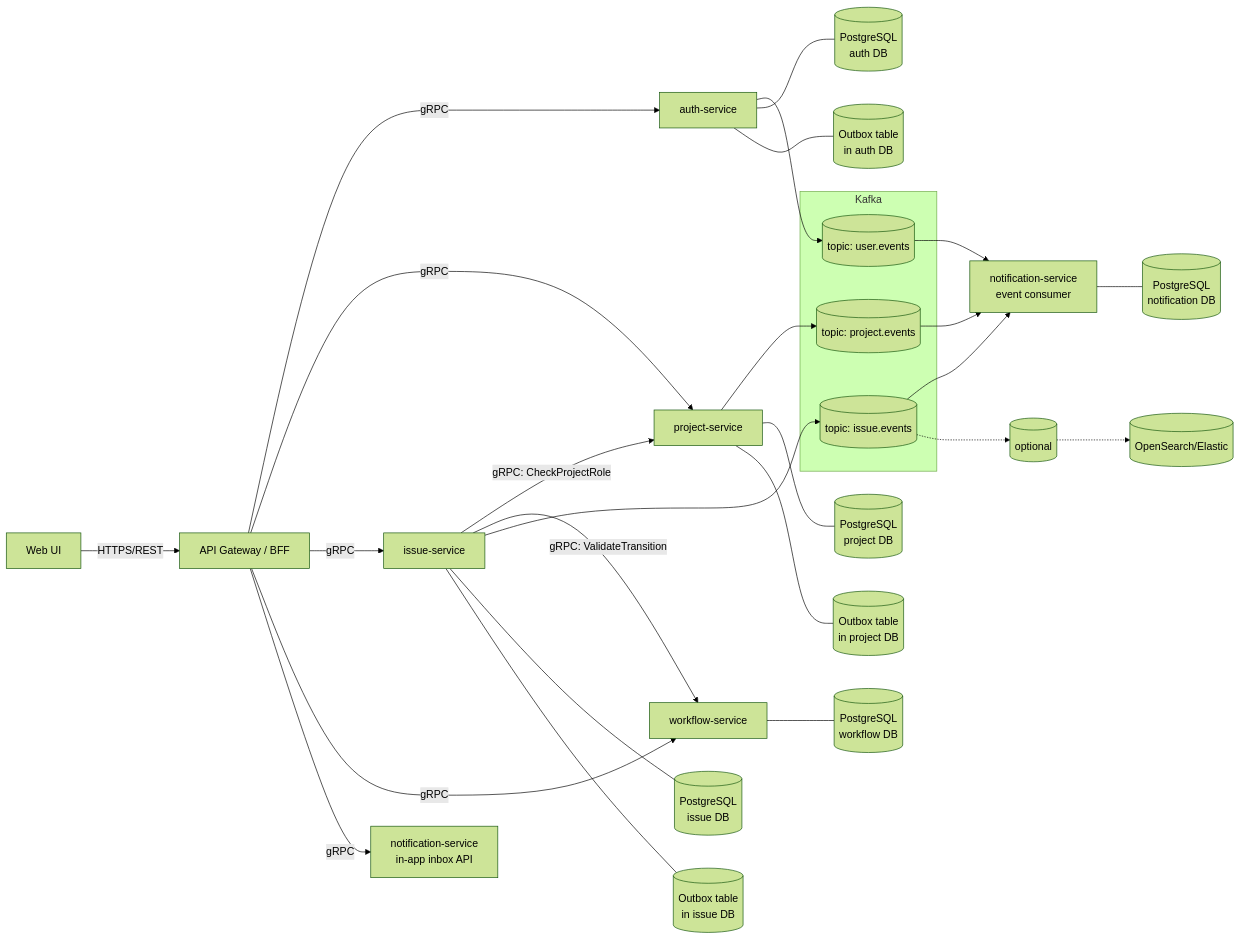
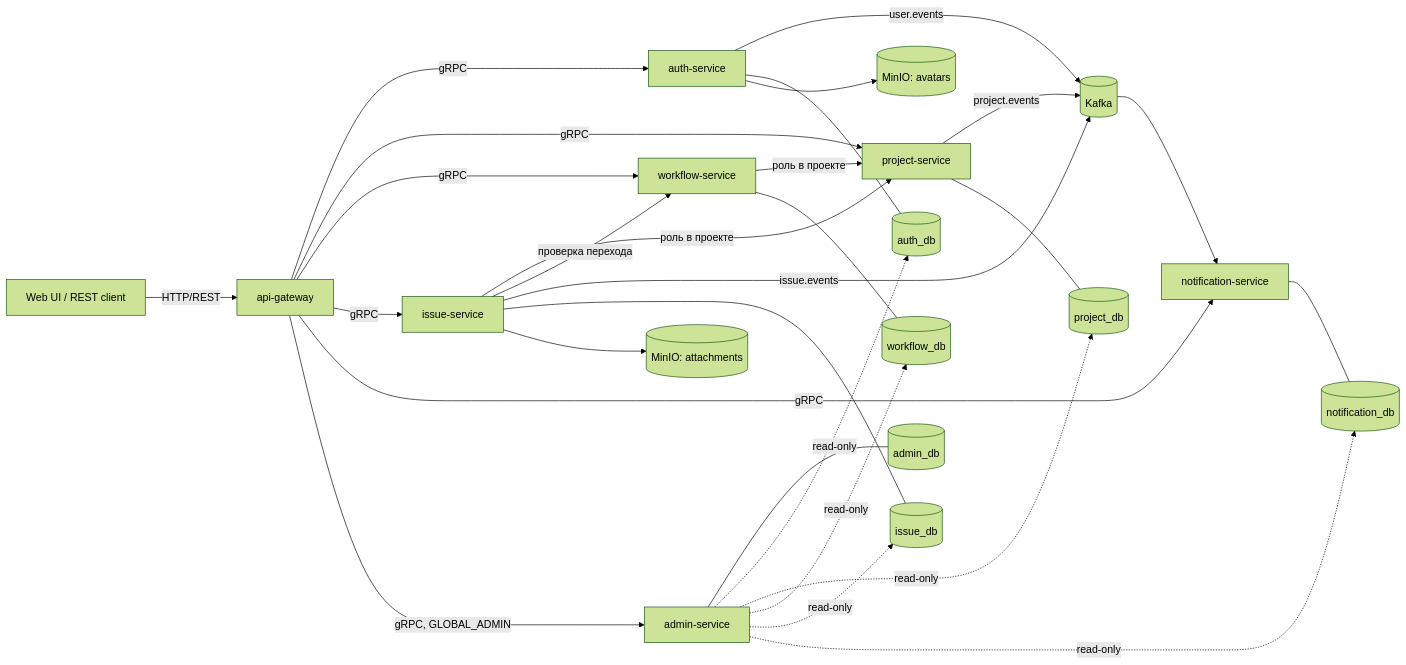
The diagram in README.md (VladislavYurin/taska-backend), drawn with Mermaid (forest theme) before and after one commit. The commit also changed other lines of this file, not shown here.

````diff
--- a/README.md
+++ b/README.md
@@ -7,41 +27,36 @@
 ```mermaid
 flowchart LR
-    U[Web UI] -->|HTTPS/REST| GW[API Gateway / BFF]
+    U[Web UI / REST client] -->|HTTP/REST| GW[api-gateway]
 
     GW -->|gRPC| AUTH[auth-service]
-    GW -->|gRPC| PROJ[project-service]
+    GW -->|gRPC| PROJECT[project-service]
+    GW -->|gRPC| WORKFLOW[workflow-service]
     GW -->|gRPC| ISSUE[issue-service]
-    GW -->|gRPC| WF[workflow-service]
-    GW -->|gRPC| NOTIF_API[notification-service<br/>in-app inbox API]
+    GW -->|gRPC| NOTIFICATION[notification-service]
+    GW -->|gRPC, GLOBAL_ADMIN| ADMIN[admin-service]
 
-    ISSUE -->|gRPC: CheckProjectRole| PROJ
-    ISSUE -->|gRPC: ValidateTransition| WF
+    ISSUE -->|роль в проекте| PROJECT
+    ISSUE -->|проверка перехода| WORKFLOW
+    WORKFLOW -->|роль в проекте| PROJECT
 
-    subgraph K[Kafka]
-        IE[(topic: issue.events)]
-        PE[(topic: project.events)]
-        UE[(topic: user.events)]
-    end
+    AUTH -->|user.events| KAFKA[(Kafka)]
+    PROJECT -->|project.events| KAFKA
+    ISSUE -->|issue.events| KAFKA
+    KAFKA --> NOTIFICATION
 
-    ISSUE --> IE
-    PROJ --> PE
-    AUTH --> UE
+    AUTH --- AUTH_DB[(auth_db)]
+    PROJECT --- PROJECT_DB[(project_db)]
+    WORKFLOW --- WORKFLOW_DB[(workflow_db)]
+    ISSUE --- ISSUE_DB[(issue_db)]
+    NOTIFICATION --- NOTIFICATION_DB[(notification_db)]
+    ADMIN --- ADMIN_DB[(admin_db)]
 
-    IE --> NOTIF[notification-service<br/>event consumer]
-    PE --> NOTIF
-    UE --> NOTIF
+    ADMIN -. read-only .-> AUTH_DB
+    ADMIN -. read-only .-> PROJECT_DB
+    ADMIN -. read-only .-> WORKFLOW_DB
+    ADMIN -. read-only .-> ISSUE_DB
+    ADMIN -. read-only .-> NOTIFICATION_DB
 
-    AUTH --- ADB[(PostgreSQL<br/>auth DB)]
-    PROJ --- PDB[(PostgreSQL<br/>project DB)]
-    ISSUE --- IDB[(PostgreSQL<br/>issue DB)]
-    WF --- WDB[(PostgreSQL<br/>workflow DB)]
-    NOTIF --- NDB[(PostgreSQL<br/>notification DB)]
-
-    ISSUE --- OUT[(Outbox table<br/>in issue DB)]
-    PROJ --- POUT[(Outbox table<br/>in project DB)]
-    AUTH --- UOUT[(Outbox table<br/>in auth DB)]
-
-%% Optional extensions (not required for MVP)
-    IE -.-> SEARCH[(optional)]
-SEARCH -.-> ES[(OpenSearch/Elastic)]
+    AUTH --> MINIO[(MinIO: avatars)]
+    ISSUE --> MINIO_ATTACH[(MinIO: attachments)]
 ```
````
